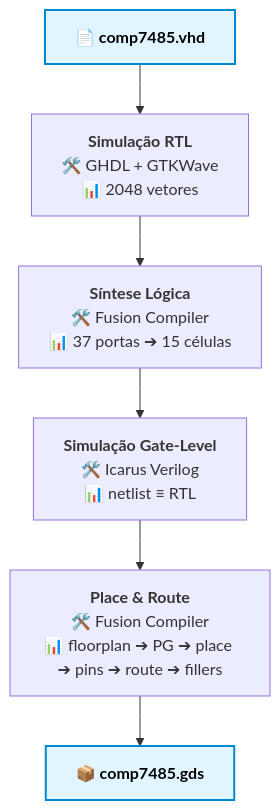
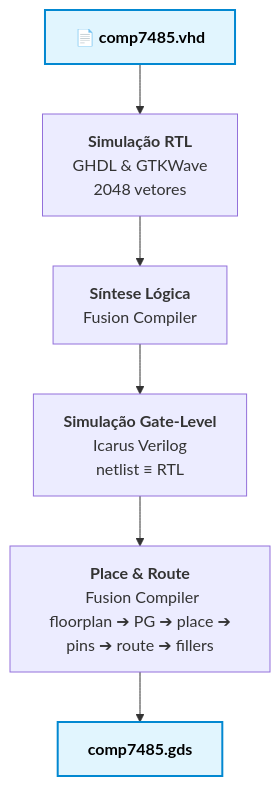
One commit to Lourencohg/comp7485-asic changed the diagram in README.md. Above: the diagram before and after it, drawn with Mermaid.

````diff
--- a/README.md
+++ b/README.md
@@ -43,18 +43,18 @@
 ```mermaid
 graph TD
     IN[<b>📄 comp7485.vhd</b>] --> S1
     
-    S1["<b>Simulação RTL</b><br>🛠️ GHDL + GTKWave<br>📊 2048 vetores"] --> S2
+    S1["<b>Simulação RTL</b><br> GHDL & GTKWave<br> 2048 vetores"] --> S2
     
-    S2["<b>Síntese Lógica</b><br>🛠️ Fusion Compiler<br>📊 37 portas ➔ 15 células"] --> S3
+    S2["<b>Síntese Lógica</b><br> Fusion Compiler<br>"] --> S3
     
-    S3["<b>Simulação Gate-Level</b><br>🛠️ Icarus Verilog<br>📊 netlist ≡ RTL"] --> S4
+    S3["<b>Simulação Gate-Level</b><br> Icarus Verilog<br> netlist ≡ RTL"] --> S4
     
-    S4["<b>Place & Route</b><br>🛠️ Fusion Compiler<br>📊 floorplan ➔ PG ➔ place ➔ pins ➔ route ➔ fillers"] --> OUT
+    S4["<b>Place & Route</b><br> Fusion Compiler<br> floorplan ➔ PG ➔ place ➔ pins ➔ route ➔ fillers"] --> OUT
     
-    OUT[<b>📦 comp7485.gds</b>]
+    OUT[<b> comp7485.gds</b>]
     
     %% Estilos opcionais para destacar os arquivos de entrada/saída
     classDef file fill:#e1f5fe,stroke:#0288d1,stroke-width:2px,color:#000
     class IN,OUT file
 ```
````
